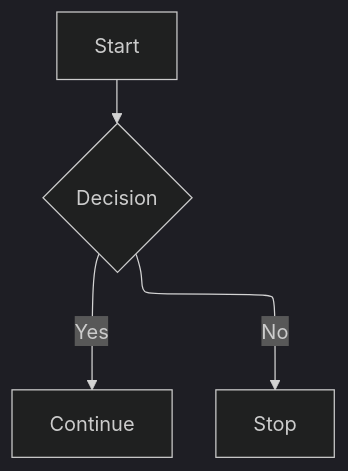
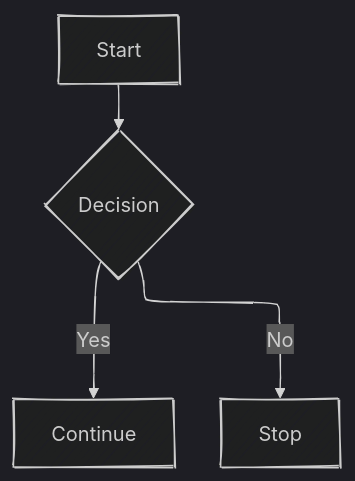
One commit to mermaid-js/mermaid changed the third of 3 diagrams in docs/intro/syntax-reference.md. Above: the diagram before and after it, drawn with Mermaid. The commit also changed other lines of this file and 1 other file, not shown here.

Commit message:
Correct casing for hand drawn

````diff
--- a/docs/intro/syntax-reference.md
+++ b/docs/intro/syntax-reference.md
@@ -158,12 +158,12 @@
 ```mermaid
 ---
 config:
   layout: elk
-  look: handdrawn
+  look: handDrawn
   theme: dark
 ---
 flowchart TB
   A[Start] --> B{Decision}
   B -->|Yes| C[Continue]
   B -->|No| D[Stop]
 ```
````
